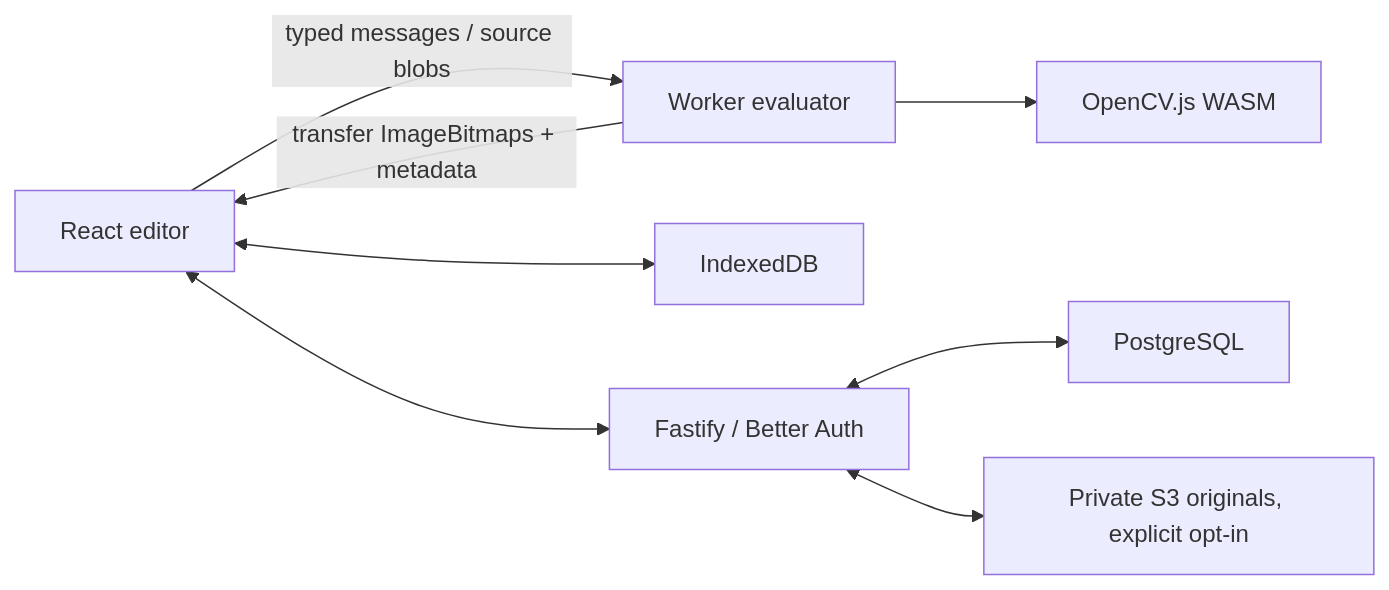
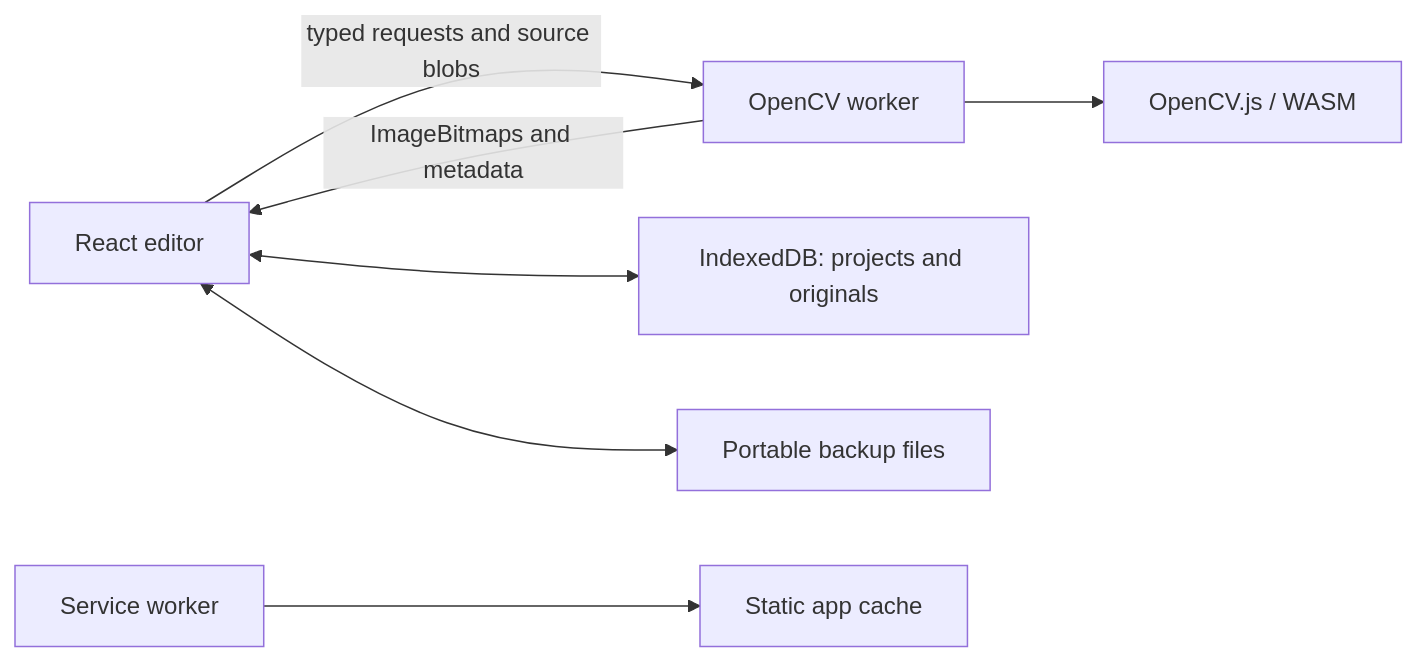
Before and after one commit to nimaebra/opencv-weblab: the diagram in ARCHITECTURE.md, drawn with Mermaid. The commit also changed other lines of this file and 18 other files, not shown here.

Commit message:
docs: prepare the open-source release and contribution workflow

````diff
--- a/ARCHITECTURE.md
+++ b/ARCHITECTURE.md
@@ -7,10 +7,9 @@
 ```mermaid
 flowchart LR
-  UI[React editor] -->|typed messages / source blobs| W[Worker evaluator]
-  W --> CV[OpenCV.js WASM]
-  W -->|transfer ImageBitmaps + metadata| UI
-  UI <--> IDB[IndexedDB]
-  UI <--> API[Fastify / Better Auth]
-  API <--> PG[PostgreSQL]
-  API <--> S3[Private S3 originals, explicit opt-in]
+  UI[React editor] -->|typed requests and source blobs| W[OpenCV worker]
+  W --> CV[OpenCV.js / WASM]
+  W -->|ImageBitmaps and metadata| UI
+  UI <--> IDB[IndexedDB: projects and originals]
+  UI <--> ZIP[Portable backup files]
+  SW[Service worker] --> Cache[Static app cache]
 ```
````
